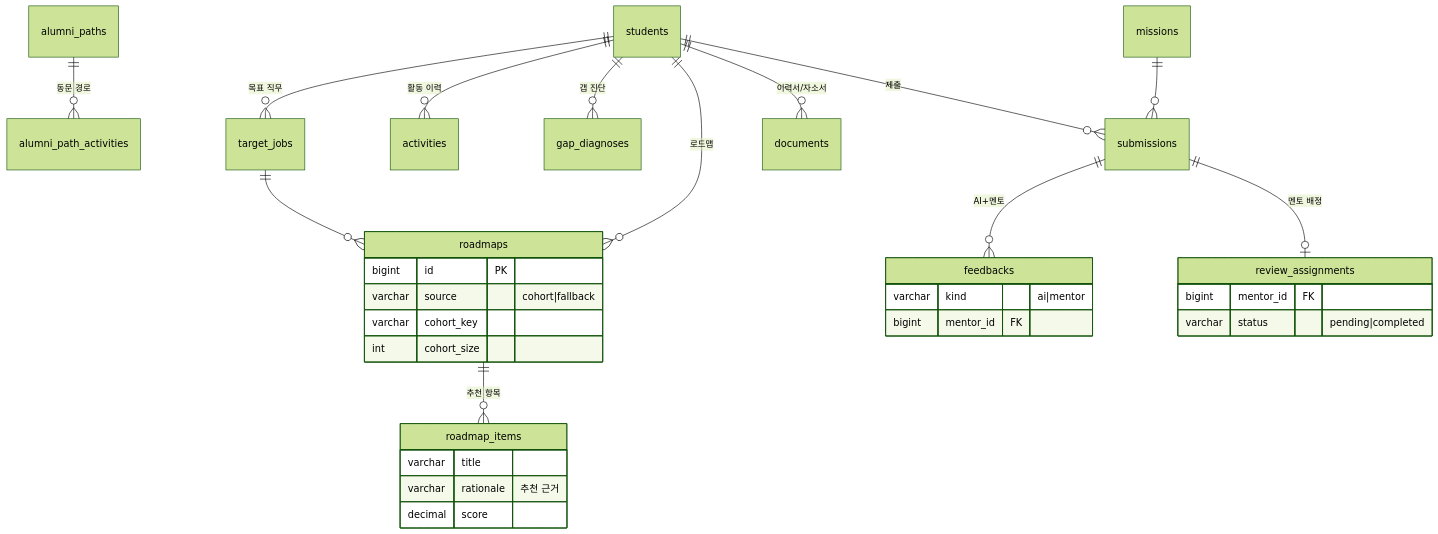
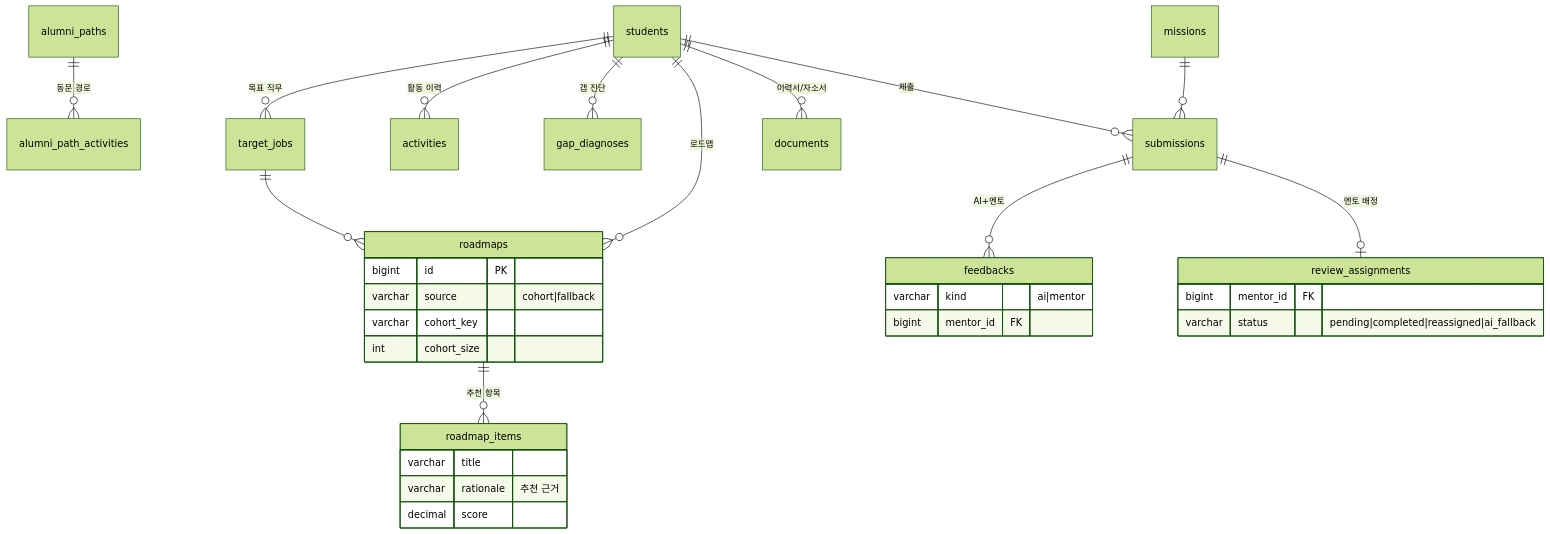
The sixth of 7 diagrams in docs/presentation-diagrams.md (hsg9013/AI-career-roadmap), drawn with Mermaid (forest theme) before and after one commit. The commit also changed other lines of this file and 26 other files, not shown here.

First line of the commit message:
docs(005): 발표 다이어그램 재구성 — 목적별 표현(관계/상태전이/구조)

````diff
--- a/docs/presentation-diagrams.md
+++ b/docs/presentation-diagrams.md
@@ -193,35 +188,35 @@
 ```mermaid
 erDiagram
   students ||--o{ target_jobs : "목표 직무"
   students ||--o{ activities : "활동 이력"
   students ||--o{ gap_diagnoses : "갭 진단"
   students ||--o{ roadmaps : "로드맵"
   target_jobs ||--o{ roadmaps : ""
   roadmaps ||--o{ roadmap_items : "추천 항목"
   alumni_paths ||--o{ alumni_path_activities : "동문 경로"
   students ||--o{ documents : "이력서/자소서"
   missions ||--o{ submissions : ""
   students ||--o{ submissions : "제출"
   submissions ||--o{ feedbacks : "AI+멘토"
   submissions ||--o| review_assignments : "멘토 배정"
 
   roadmaps {
     bigint id PK
     varchar source "cohort|fallback"
     varchar cohort_key
     int cohort_size
   }
   roadmap_items {
     varchar title
     varchar rationale "추천 근거"
     decimal score
   }
   feedbacks {
     varchar kind "ai|mentor"
     bigint mentor_id FK
   }
   review_assignments {
     bigint mentor_id FK
-    varchar status "pending|completed"
+    varchar status "pending|completed|reassigned|ai_fallback"
   }
 ```
````
